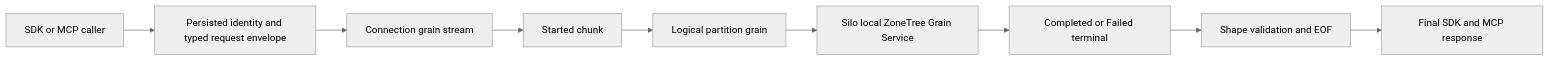
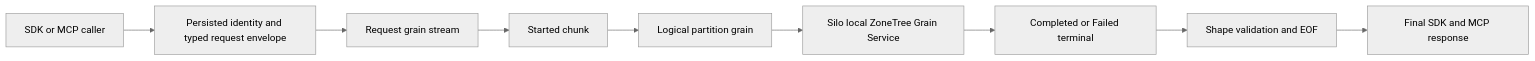
One commit to managedcode/KeyLoad changed the diagram in docs/Features/OrleansExecution/CqrsRequest.md. Above: the diagram before and after it, drawn with Mermaid (neutral theme). The commit also changed other lines of this file and 27 other files, not shown here.

````diff
--- a/docs/Features/OrleansExecution/CqrsRequest.md
+++ b/docs/Features/OrleansExecution/CqrsRequest.md
@@ -7,11 +7,11 @@
 ```mermaid
 flowchart LR
     Caller[SDK or MCP caller] --> Identity[Persisted identity and typed request envelope]
-    Identity --> Connection[Connection grain stream]
-    Connection --> Started[Started chunk]
+    Identity --> Request[Request grain stream]
+    Request --> Started[Started chunk]
     Started --> Partition[Logical partition grain]
     Partition --> Owner[Silo local ZoneTree Grain Service]
     Owner --> Terminal[Completed or Failed terminal]
     Terminal --> Drain[Shape validation and EOF]
     Drain --> Response[Final SDK and MCP response]
 ```
````
